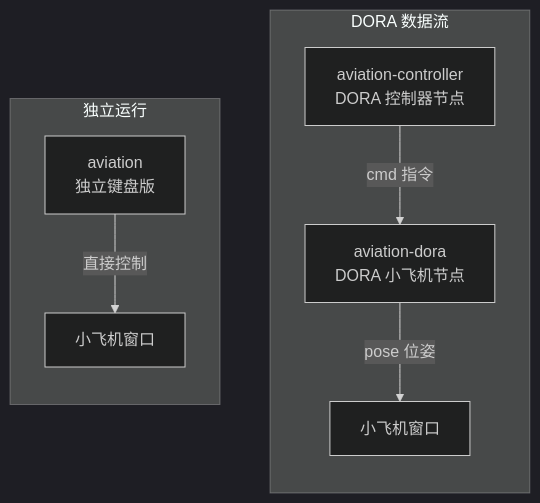
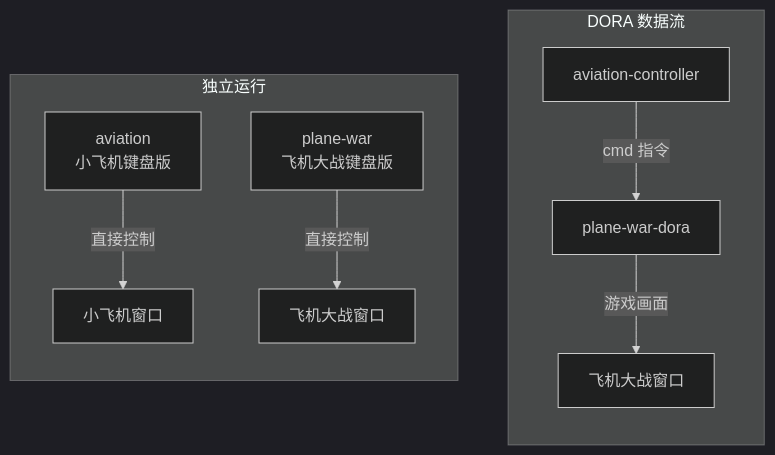
One commit to DoraCN/doracc.com changed the diagram in docs/zh/course/first-dataflow/build-aviation.mdx. Above: the diagram before and after it, drawn with Mermaid (dark theme). The commit also changed other lines of this file and 4 other files, not shown here.

````diff
--- a/docs/zh/course/first-dataflow/build-aviation.mdx
+++ b/docs/zh/course/first-dataflow/build-aviation.mdx
@@ -105,13 +192,14 @@
 ```mermaid
 flowchart LR
   subgraph Left[独立运行]
     direction TB
-    K["aviation<br/>独立键盘版"] -->|直接控制| P["小飞机窗口"]
+    A["aviation<br/>小飞机键盘版"] -->|直接控制| W1["小飞机窗口"]
+    PW["plane-war<br/>飞机大战键盘版"] -->|直接控制| W2["飞机大战窗口"]
   end
   subgraph Right[DORA 数据流]
     direction TB
-    C["aviation-controller<br/>DORA 控制器节点"] -->|cmd 指令| D["aviation-dora<br/>DORA 小飞机节点"]
-    D -->|pose 位姿| P2["小飞机窗口"]
+    C["aviation-controller"] -->|cmd 指令| PWD["plane-war-dora"]
+    PWD -->|游戏画面| W3["飞机大战窗口"]
   end
   Left ~~~ Right
 ```
````
